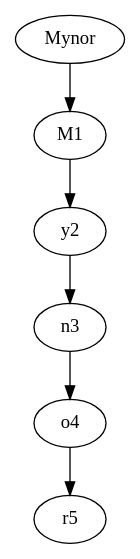
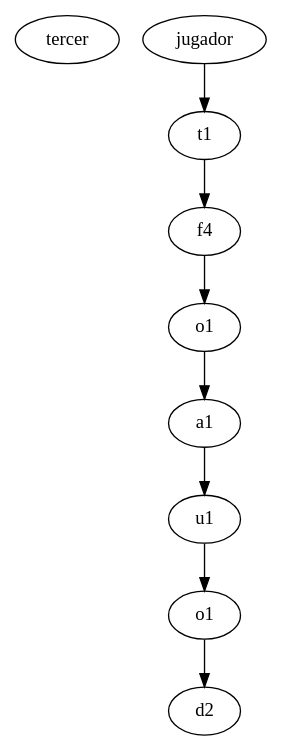
One commit to Mynor16/Practica1s12017_201213197 changed the diagram in src/PLCircular/GraficaMano.dot. Above: the diagram before and after it, drawn with Graphviz. The commit also changed 16 other files, not shown here.

```diff
--- a/src/PLCircular/GraficaMano.dot
+++ b/src/PLCircular/GraficaMano.dot
@@ -1,14 +1,18 @@
 digraph G 
  { 
-Mynor;
-0 [label=M1];
-1 [label=y2];
-2 [label=n3];
-3 [label=o4];
-4 [label=r5];
-Mynor->0;
+tercer jugador;
+0 [label=t1];
+1 [label=f4];
+2 [label=o1];
+3 [label=a1];
+4 [label=u1];
+5 [label=o1];
+6 [label=d2];
+tercer jugador->0;
 0->1;
 1->2;
 2->3;
 3->4;
+4->5;
+5->6;
 }
```
